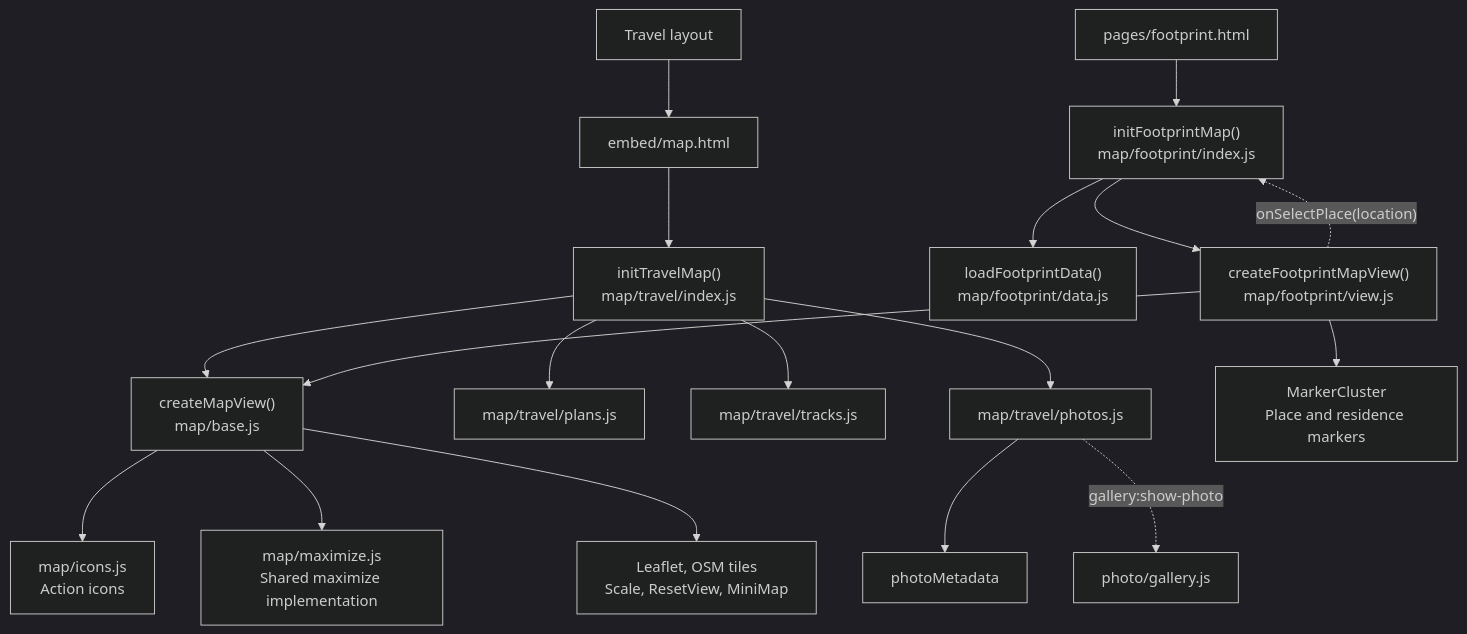
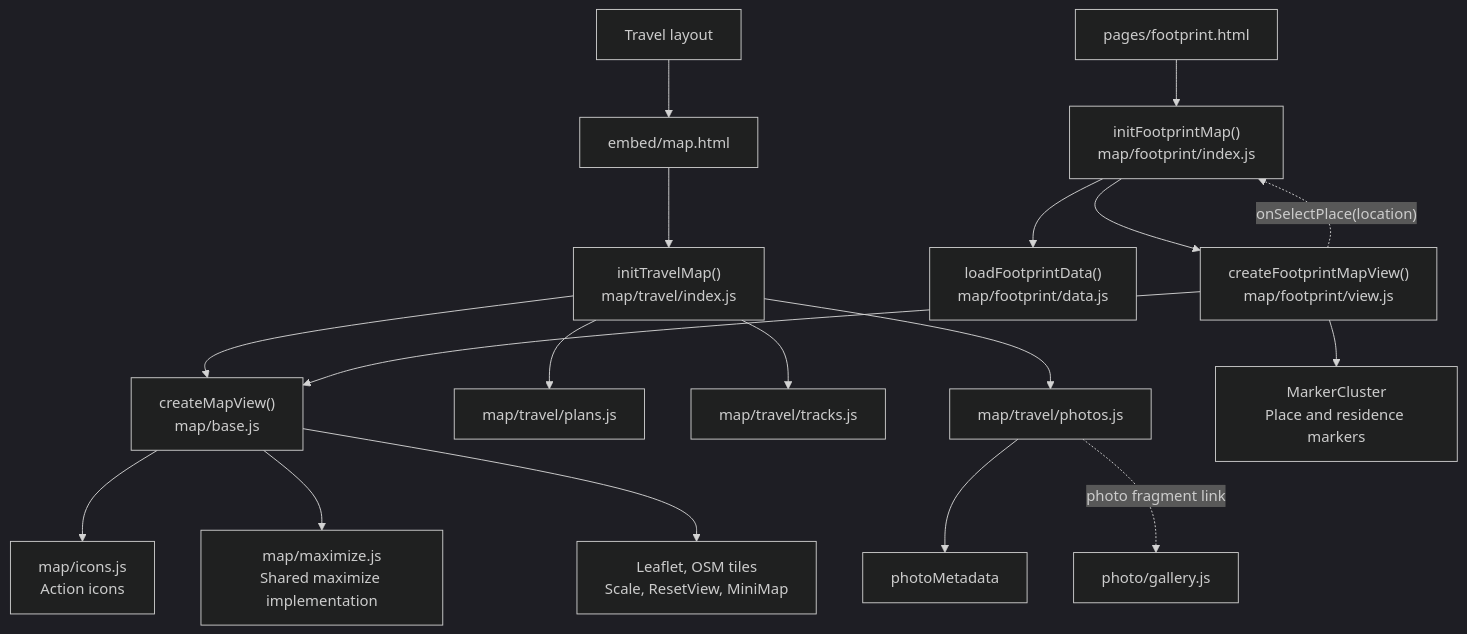
The third of 4 diagrams in docs/photo-and-map.md (ppaul12/blog), drawn with Mermaid (dark theme) before and after one commit. The commit also changed other lines of this file and 4 other files, not shown here.

````diff
--- a/docs/photo-and-map.md
+++ b/docs/photo-and-map.md
@@ -277,20 +282,20 @@
 ```mermaid
 flowchart TD
     T["Travel layout"] --> E["embed/map.html"]
     E --> TR["initTravelMap()<br/>map/travel/index.js"]
     F["pages/footprint.html"] --> FP["initFootprintMap()<br/>map/footprint/index.js"]
     FP --> FD["loadFootprintData()<br/>map/footprint/data.js"]
     FP --> FM["createFootprintMapView()<br/>map/footprint/view.js"]
     TR --> B["createMapView()<br/>map/base.js"]
     FM --> B
     B --> I["map/icons.js<br/>Action icons"]
     B --> MAX["map/maximize.js<br/>Shared maximize implementation"]
     B --> L["Leaflet, OSM tiles<br/>Scale, ResetView, MiniMap"]
     TR --> P["map/travel/plans.js"]
     TR --> TK["map/travel/tracks.js"]
     TR --> PH["map/travel/photos.js"]
     PH --> META["photoMetadata"]
-    PH -.->|"gallery:show-photo"| G["photo/gallery.js"]
+    PH -.->|"photo fragment link"| G["photo/gallery.js"]
     FM --> CL["MarkerCluster<br/>Place and residence markers"]
     FM -.->|"onSelectPlace(location)"| FP
 ```
````
